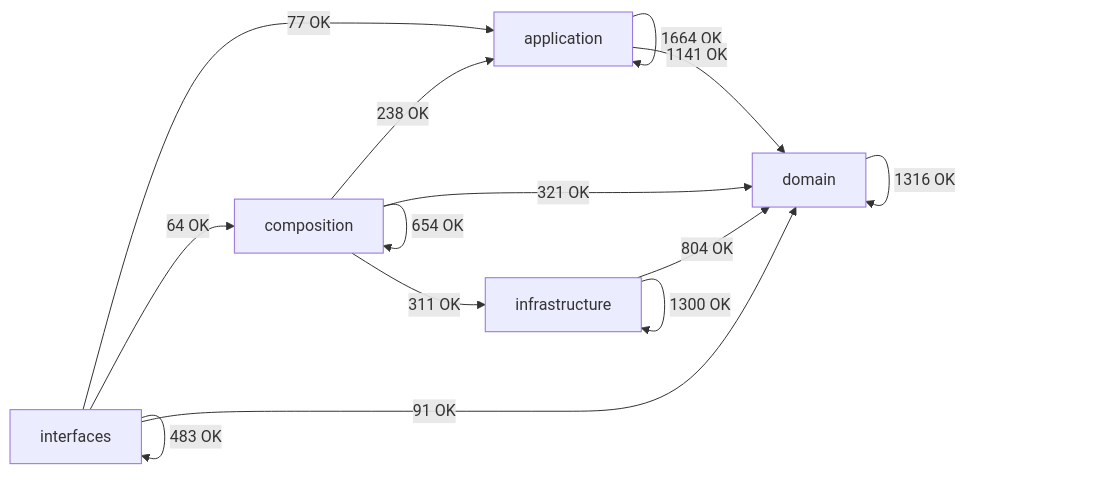
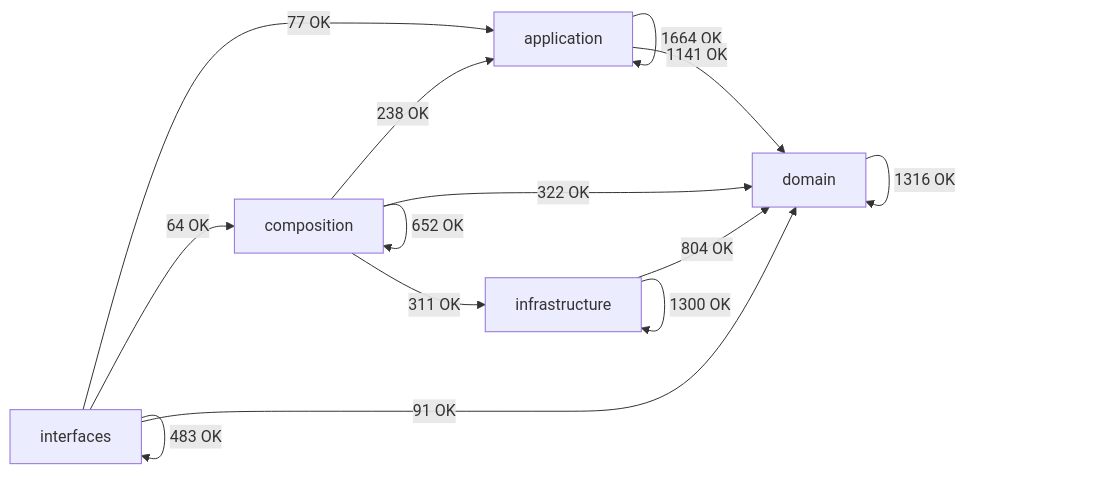
The diagram in docs/02-architecture/generated/module-dependency-map.md (SatoryKono/BioactivityDataAcquisition), drawn with Mermaid before and after one commit. The commit also changed other lines of this file and 148 other files, not shown here.

````diff
--- a/docs/02-architecture/generated/module-dependency-map.md
+++ b/docs/02-architecture/generated/module-dependency-map.md
@@ -17,21 +17,21 @@
 ```mermaid
 flowchart LR
     domain[domain]
     application[application]
     infrastructure[infrastructure]
     composition[composition]
     interfaces[interfaces]
     application -->|1664 OK| application
     application -->|1141 OK| domain
     composition -->|238 OK| application
-    composition -->|654 OK| composition
-    composition -->|321 OK| domain
+    composition -->|652 OK| composition
+    composition -->|322 OK| domain
     composition -->|311 OK| infrastructure
     domain -->|1316 OK| domain
     infrastructure -->|804 OK| domain
     infrastructure -->|1300 OK| infrastructure
     interfaces -->|77 OK| application
     interfaces -->|64 OK| composition
     interfaces -->|91 OK| domain
     interfaces -->|483 OK| interfaces
 ```
````
